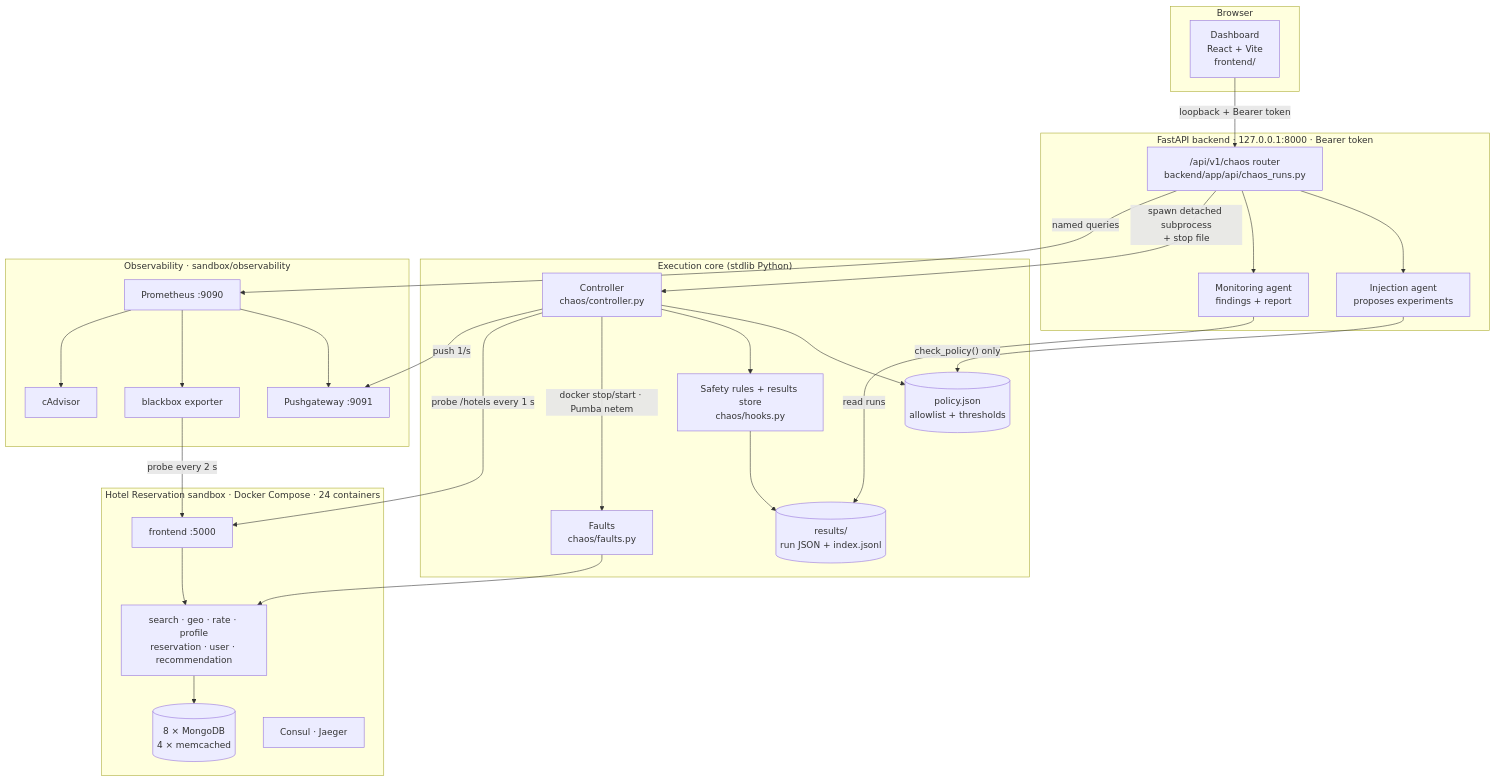
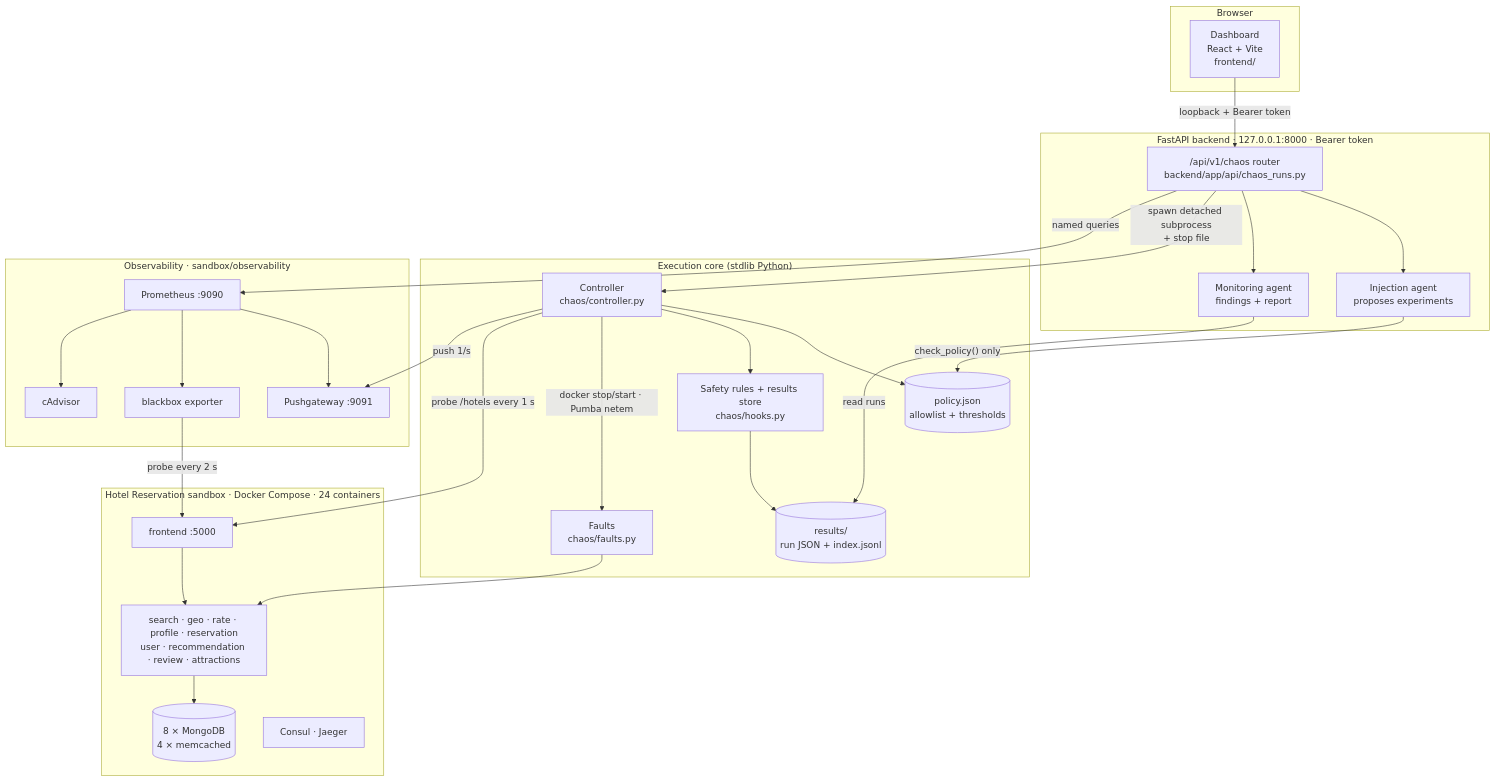
The first of 2 diagrams in docs/architecture.md (Shaurya-34/ChaosInject), drawn with Mermaid before and after one commit. The commit also changed other lines of this file and 7 other files, not shown here.

````diff
--- a/docs/architecture.md
+++ b/docs/architecture.md
@@ -15,49 +15,49 @@
 ```mermaid
 flowchart TB
   subgraph Browser
     UI["Dashboard<br/>React + Vite<br/>frontend/"]
   end
 
   subgraph API["FastAPI backend · 127.0.0.1:8000 · Bearer token"]
     R["/api/v1/chaos router<br/>backend/app/api/chaos_runs.py"]
     IA["Injection agent<br/>proposes experiments"]
     MA["Monitoring agent<br/>findings + report"]
   end
 
   subgraph Core["Execution core (stdlib Python)"]
     C["Controller<br/>chaos/controller.py"]
     P[("policy.json<br/>allowlist + thresholds")]
     F["Faults<br/>chaos/faults.py"]
     H["Safety rules + results store<br/>chaos/hooks.py"]
     RS[("results/<br/>run JSON + index.jsonl")]
   end
 
   subgraph Sandbox["Hotel Reservation sandbox · Docker Compose · 24 containers"]
     FE["frontend :5000"]
-    SVC["search · geo · rate · profile<br/>reservation · user · recommendation"]
+    SVC["search · geo · rate · profile · reservation<br/>user · recommendation · review · attractions"]
     DB[("8 × MongoDB<br/>4 × memcached")]
     CO["Consul · Jaeger"]
   end
 
   subgraph Obs["Observability · sandbox/observability"]
     PG["Pushgateway :9091"]
     PR["Prometheus :9090"]
     BB["blackbox exporter"]
     CA["cAdvisor"]
   end
 
   UI -- "loopback + Bearer token" --> R
   R --> IA & MA
   R -- "spawn detached subprocess<br/>+ stop file" --> C
   IA -- "check_policy() only" --> P
   MA -- "read runs" --> RS
   R -- "named queries" --> PR
   C --> P
   C --> H --> RS
   C -- "docker stop/start · Pumba netem" --> F --> SVC
   C -- "probe /hotels every 1 s" --> FE
   FE --> SVC --> DB
   C -- "push 1/s" --> PG
   PR --> PG & BB & CA
   BB -- "probe every 2 s" --> FE
 ```
````
